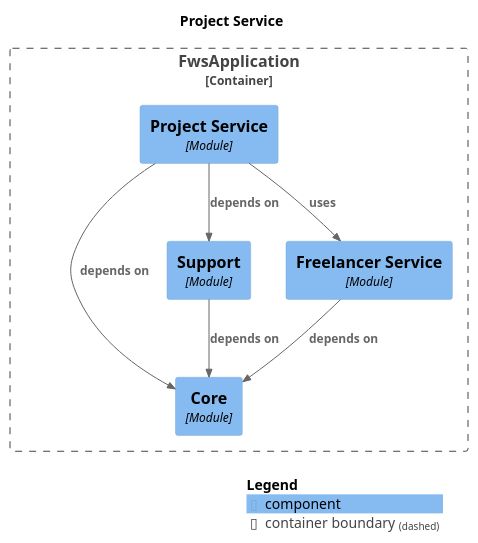
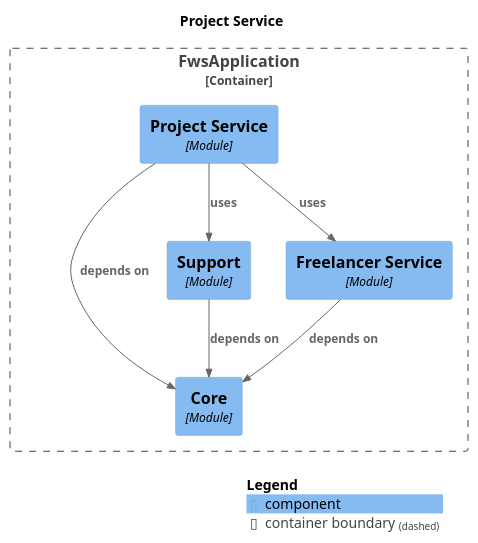
Before and after one commit to krloxz/fws-application: the diagram in docs/modules/module-project.puml, drawn with PlantUML. The commit also changed 16 other files, not shown here.

```diff
--- a/docs/modules/module-project.puml
+++ b/docs/modules/module-project.puml
@@ -1,25 +1,25 @@
 @startuml
 set separator none
 title Project Service
 
 top to bottom direction
 
 !include <C4/C4>
 !include <C4/C4_Context>
 !include <C4/C4_Component>
 
 Container_Boundary("FwsApplication.FwsApplication_boundary", "FwsApplication", $tags="") {
   Component(FwsApplication.FwsApplication.Core, "Core", $techn="Module", $descr="", $tags="", $link="")
   Component(FwsApplication.FwsApplication.ProjectService, "Project Service", $techn="Module", $descr="", $tags="", $link="")
   Component(FwsApplication.FwsApplication.Support, "Support", $techn="Module", $descr="", $tags="", $link="")
   Component(FwsApplication.FwsApplication.FreelancerService, "Freelancer Service", $techn="Module", $descr="", $tags="", $link="")
 }
 
-Rel(FwsApplication.FwsApplication.ProjectService, FwsApplication.FwsApplication.Core, "depends on", $techn="", $tags="", $link="")
+Rel(FwsApplication.FwsApplication.ProjectService, FwsApplication.FwsApplication.Support, "uses", $techn="", $tags="", $link="")
 Rel(FwsApplication.FwsApplication.ProjectService, FwsApplication.FwsApplication.FreelancerService, "uses", $techn="", $tags="", $link="")
 Rel(FwsApplication.FwsApplication.Support, FwsApplication.FwsApplication.Core, "depends on", $techn="", $tags="", $link="")
 Rel(FwsApplication.FwsApplication.FreelancerService, FwsApplication.FwsApplication.Core, "depends on", $techn="", $tags="", $link="")
-Rel(FwsApplication.FwsApplication.ProjectService, FwsApplication.FwsApplication.Support, "depends on", $techn="", $tags="", $link="")
+Rel(FwsApplication.FwsApplication.ProjectService, FwsApplication.FwsApplication.Core, "depends on", $techn="", $tags="", $link="")
 
 SHOW_LEGEND(true)
 @enduml
```
